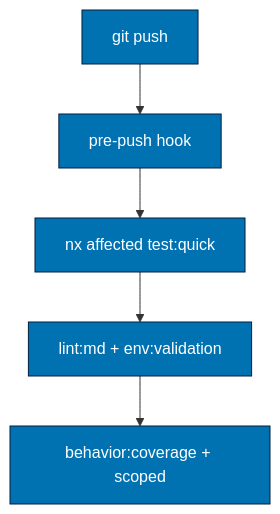
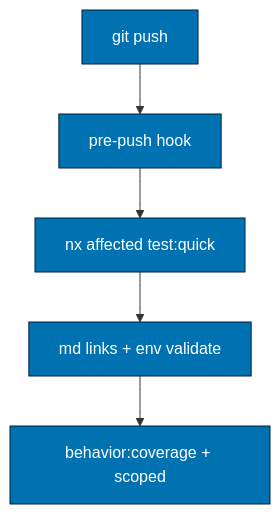
Before and after one commit to wahidyankf/baseerah: the fifth of 8 diagrams in plans/in-progress/standardize-rhino-cli-sdlc-parity/tech-docs.md, drawn with Mermaid. The commit also changed other lines of this file and 4 other files, not shown here.

````diff
--- a/plans/in-progress/standardize-rhino-cli-sdlc-parity/tech-docs.md
+++ b/plans/in-progress/standardize-rhino-cli-sdlc-parity/tech-docs.md
@@ -805,10 +884,10 @@
 ```mermaid
 flowchart TD
     D[git push] --> E[pre-push hook]
     E --> E0[nx affected test:quick]
-    E0 --> E1["lint:md + env:validation"]
+    E0 --> E1["md links + env validate"]
     E1 --> E2["behavior:coverage + scoped"]
 
     classDef hook fill:#0072B2,color:#ffffff,stroke:#001f3f
     class D,E,E0,E1,E2 hook
 ```
````
